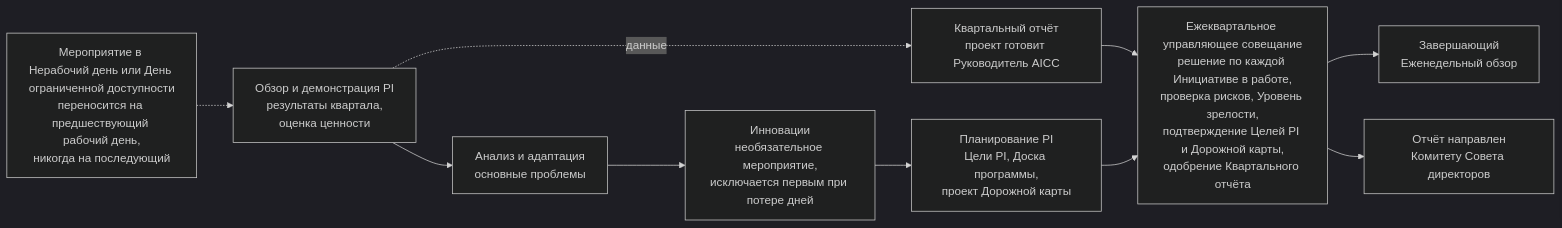
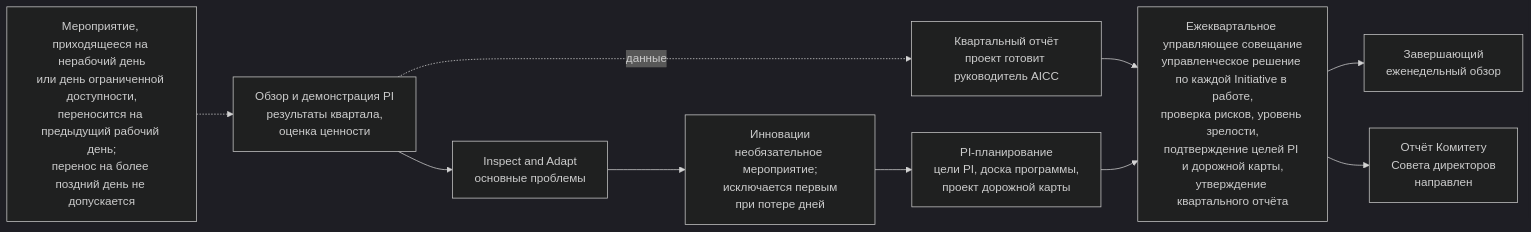
One commit to devhogu/ob-aicc changed the fourth of 4 diagrams in charter/ru/guides/cadence-guide.md. Above: the diagram before and after it, drawn with Mermaid (dark theme). The commit also changed other lines of this file and 6 other files, not shown here.

````diff
--- a/charter/ru/guides/cadence-guide.md
+++ b/charter/ru/guides/cadence-guide.md
@@ -111,12 +111,12 @@
 ```mermaid
 flowchart LR
-  PR["Обзор и демонстрация PI<br/>результаты квартала,<br/>оценка ценности"] --> IA["Анализ и адаптация<br/>основные проблемы"]
-  IA --> IN["Инновации<br/>необязательное мероприятие,<br/>исключается первым при потере дней"]
-  IN --> PP["Планирование PI<br/>Цели PI, Доска программы,<br/>проект Дорожной карты"]
-  PR -.->|"данные"| QR["Квартальный отчёт<br/>проект готовит Руководитель AICC"]
+  PR["Обзор и демонстрация PI<br/>результаты квартала,<br/>оценка ценности"] --> IA["Inspect and Adapt<br/>основные проблемы"]
+  IA --> IN["Инновации<br/>необязательное мероприятие;<br/>исключается первым<br/>при потере дней"]
+  IN --> PP["PI-планирование<br/>цели PI, доска программы,<br/>проект дорожной карты"]
+  PR -.->|"данные"| QR["Квартальный отчёт<br/>проект готовит руководитель AICC"]
   QR --> QS
-  PP --> QS["Ежеквартальное управляющее совещание<br/>решение по каждой Инициативе в работе,<br/>проверка рисков, Уровень зрелости,<br/>подтверждение Целей PI и Дорожной карты,<br/>одобрение Квартального отчёта"]
-  QS --> WR["Завершающий<br/>Еженедельный обзор"]
-  QS --> BC["Отчёт направлен<br/>Комитету Совета директоров"]
-  RULE["Мероприятие в Нерабочий день или День ограниченной доступности<br/>переносится на предшествующий рабочий день,<br/>никогда на последующий"] -.-> PR
+  PP --> QS["Ежеквартальное управляющее совещание<br/>управленческое решение по каждой Initiative в работе,<br/>проверка рисков, уровень зрелости,<br/>подтверждение целей PI и дорожной карты,<br/>утверждение квартального отчёта"]
+  QS --> WR["Завершающий<br/>еженедельный обзор"]
+  QS --> BC["Отчёт Комитету<br/>Совета директоров<br/>направлен"]
+  RULE["Мероприятие, приходящееся на нерабочий день<br/>или день ограниченной доступности,<br/>переносится на предыдущий рабочий день;<br/>перенос на более поздний день не допускается"] -.-> PR
 ```
````
